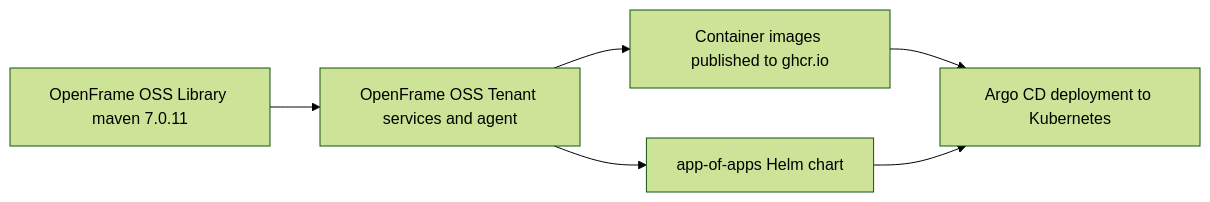
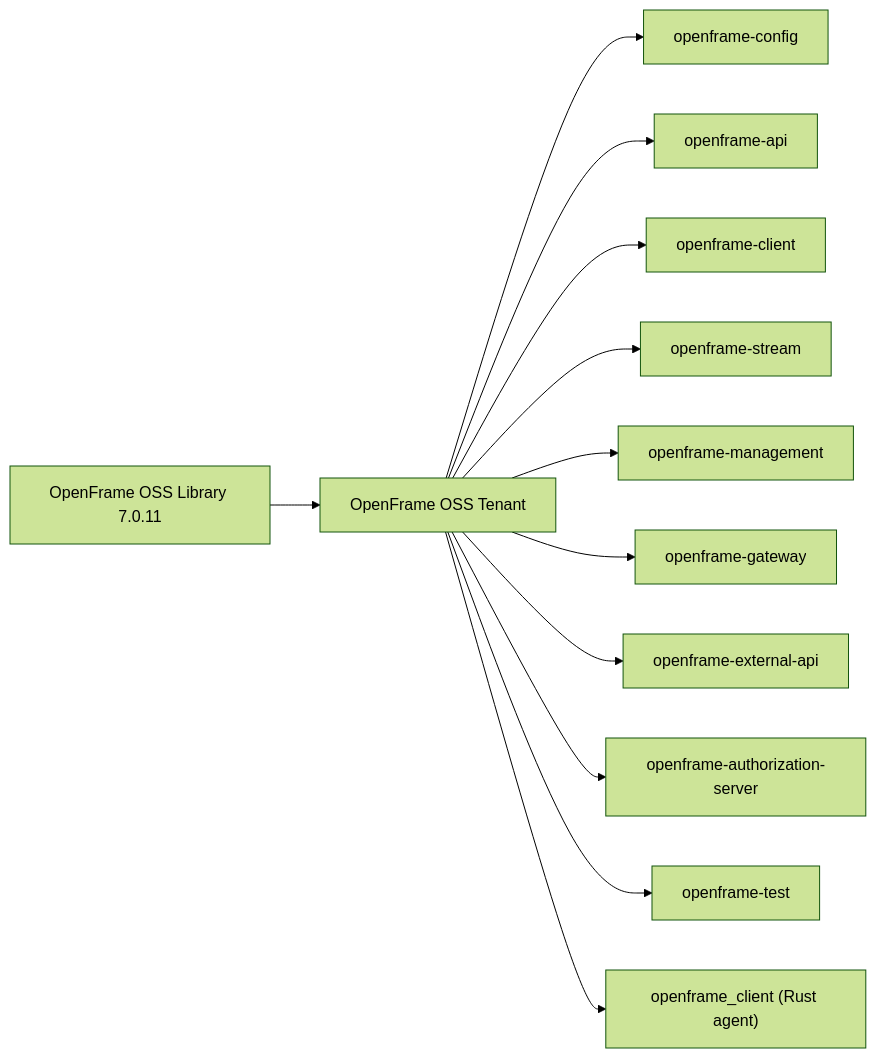
One commit to flamingo-stack/openframe-oss-tenant changed the first of 2 diagrams in docs/development/README.md. Above: the diagram before and after it, drawn with Mermaid (forest theme). The commit also changed other lines of this file and 2377 other files, not shown here.

````diff
--- a/docs/development/README.md
+++ b/docs/development/README.md
@@ -38,8 +29,14 @@
 ```mermaid
 flowchart LR
-    Lib["OpenFrame OSS Library maven 7.0.11"] --> Tenant["OpenFrame OSS Tenant services and agent"]
-    Tenant --> Images["Container images published to ghcr.io"]
-    Tenant --> Chart["app-of-apps Helm chart"]
-    Images --> Deploy["Argo CD deployment to Kubernetes"]
-    Chart --> Deploy
+    Lib["OpenFrame OSS Library 7.0.11"] --> Tenant["OpenFrame OSS Tenant"]
+    Tenant --> ConfigSvc["openframe-config"]
+    Tenant --> ApiSvc["openframe-api"]
+    Tenant --> ClientSvc["openframe-client"]
+    Tenant --> StreamSvc["openframe-stream"]
+    Tenant --> MgmtSvc["openframe-management"]
+    Tenant --> GatewaySvc["openframe-gateway"]
+    Tenant --> ExtApiSvc["openframe-external-api"]
+    Tenant --> AuthzSvc["openframe-authorization-server"]
+    Tenant --> TestSvc["openframe-test"]
+    Tenant --> RustAgent["openframe_client (Rust agent)"]
 ```
````
